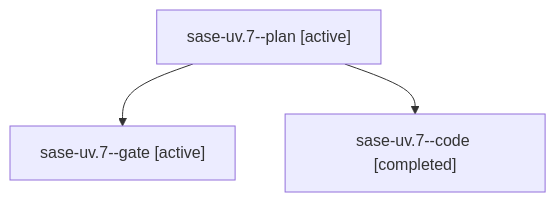
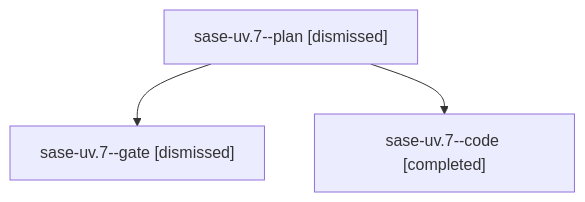
One commit to sase-org/sase--agents changed the diagram in sessions/bbugyi200.athena.sase-uv.7.md. Above: the diagram before and after it, drawn with Mermaid. The commit also changed other lines of this file and 243 other files, not shown here.

````diff
--- a/sessions/bbugyi200.athena.sase-uv.7.md
+++ b/sessions/bbugyi200.athena.sase-uv.7.md
@@ -9,8 +9,8 @@
 ```mermaid
 flowchart TD
-  n0["sase-uv.7--plan [active]"]
-  n1["sase-uv.7--gate [active]"]
+  n0["sase-uv.7--plan [dismissed]"]
+  n1["sase-uv.7--gate [dismissed]"]
   n0 --> n1
   n2["sase-uv.7--code [completed]"]
   n0 --> n2
 ```
````
